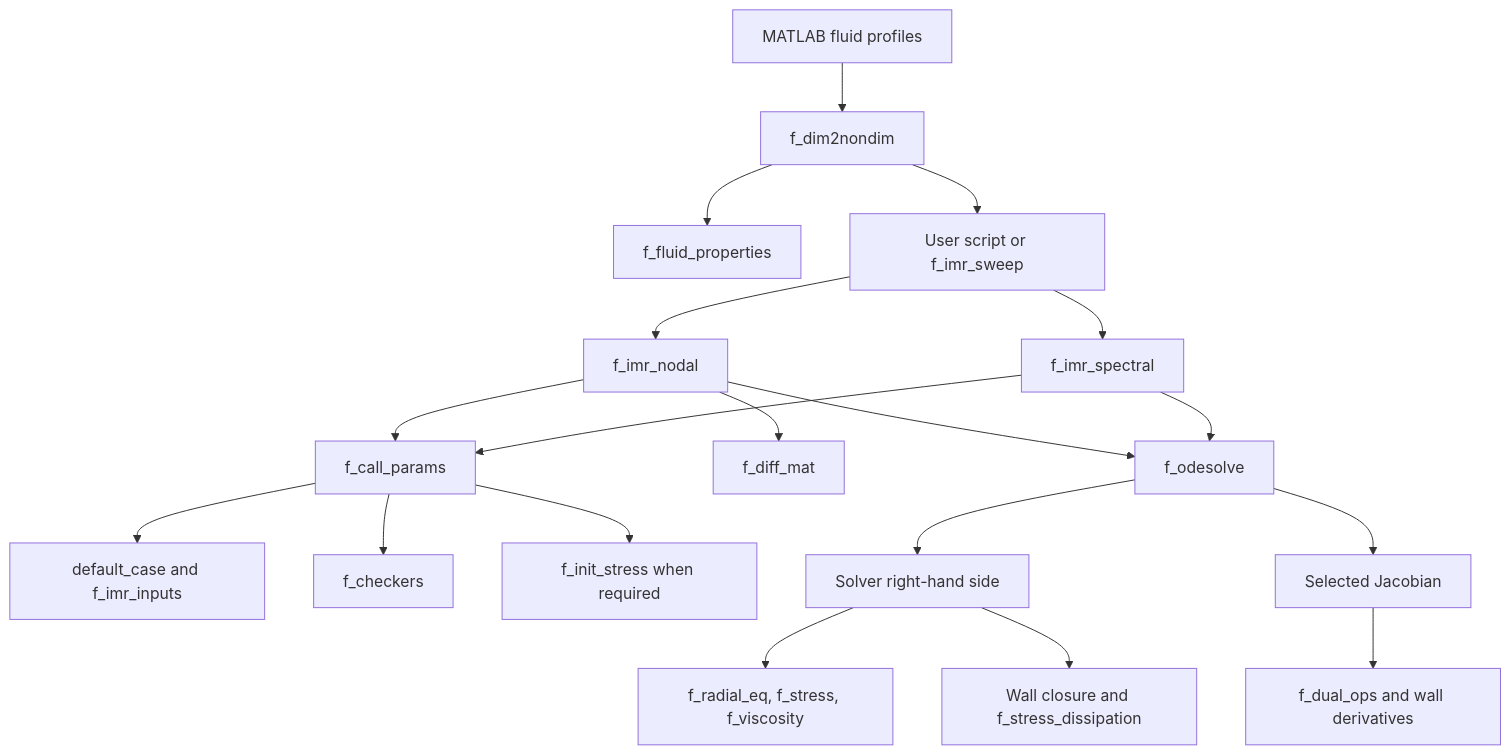
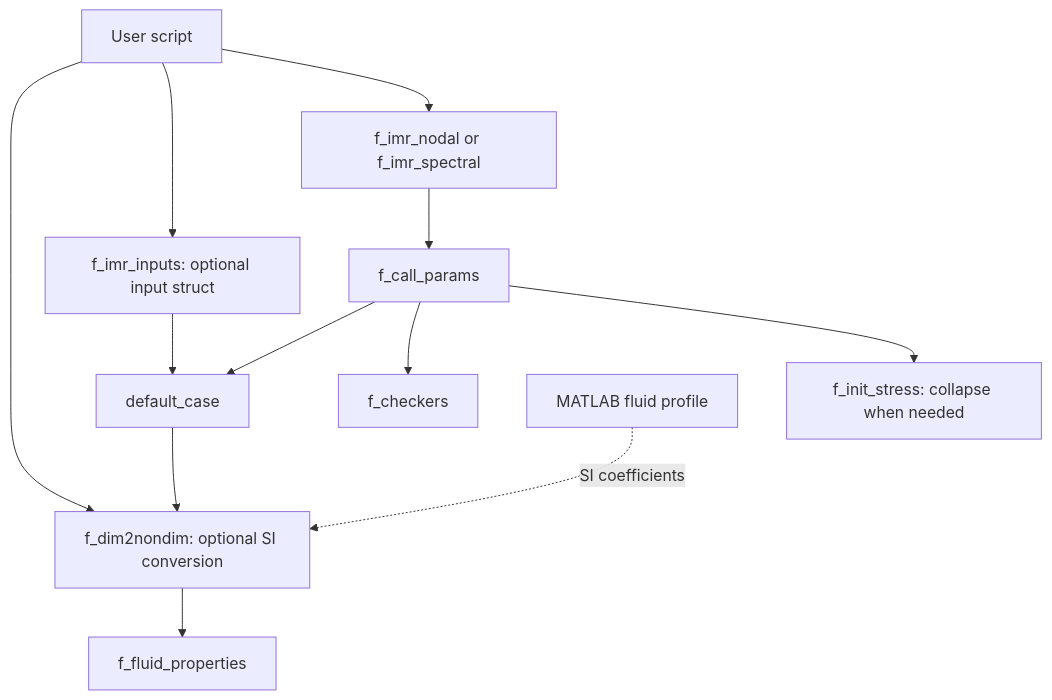
Before and after one commit to ComputationalFlowGroup/IMRv2: the second of 3 diagrams in docs/reference/code-map.md, drawn with Mermaid. The commit also changed other lines of this file and 56 other files, not shown here.

````diff
--- a/docs/reference/code-map.md
+++ b/docs/reference/code-map.md
@@ -54,21 +29,14 @@
 ```mermaid
 flowchart TD
-  Profiles[MATLAB fluid profiles] --> SI[f_dim2nondim]
-  SI --> E[f_fluid_properties]
-  SI --> Caller[User script or f_imr_sweep]
-  Caller --> N[f_imr_nodal]
-  Caller --> S[f_imr_spectral]
-  N --> P[f_call_params]
-  S --> P
-  P --> D[default_case and f_imr_inputs]
-  P --> C[f_checkers]
-  P --> I[f_init_stress when required]
-  N --> G[f_diff_mat]
-  N --> O[f_odesolve]
-  S --> O
-  O --> RHS[Solver right-hand side]
-  RHS --> F[f_radial_eq, f_stress, f_viscosity]
-  RHS --> H[Wall closure and f_stress_dissipation]
-  O --> J[Selected Jacobian]
-  J --> Dual[f_dual_ops and wall derivatives]
+  User[User script] --> SI[f_dim2nondim: optional SI conversion]
+  User --> Public[f_imr_inputs: optional input struct]
+  User --> Solver[f_imr_nodal or f_imr_spectral]
+  Public --> Defaults[default_case]
+  Solver --> Parser[f_call_params]
+  Parser --> Defaults
+  Parser --> Check[f_checkers]
+  Parser --> Init[f_init_stress: collapse when needed]
+  Defaults --> SI
+  Profile[MATLAB fluid profile] -. SI coefficients .-> SI
+  SI --> Properties[f_fluid_properties]
 ```
````
